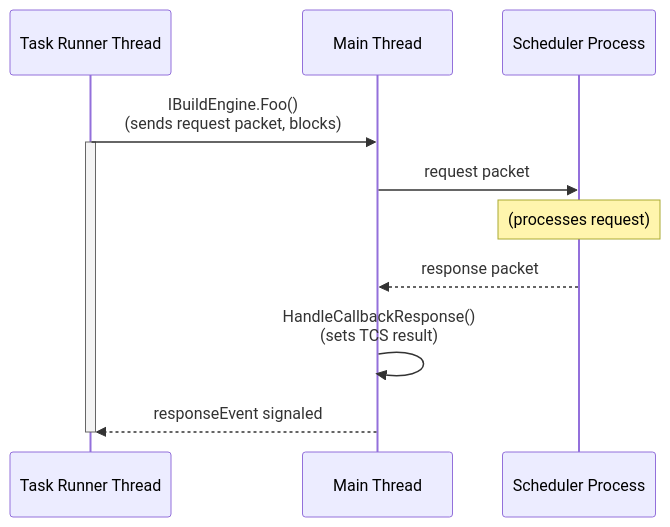
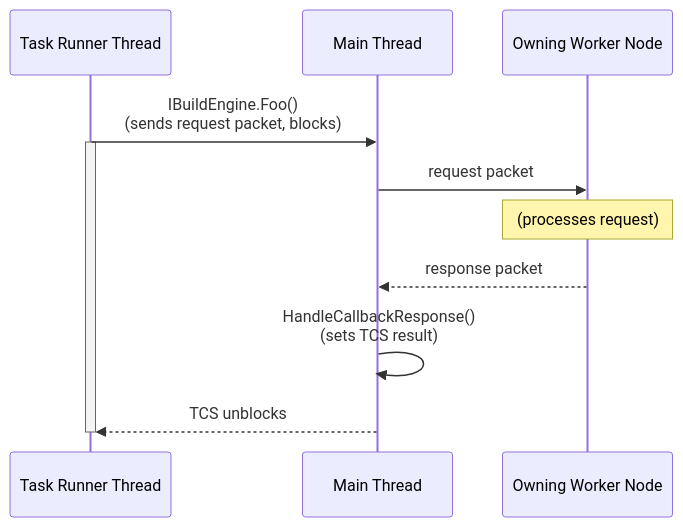
One commit to dotnet/msbuild changed the diagram in documentation/specs/multithreading/taskhost-threading.md. Above: the diagram before and after it, drawn with Mermaid. The commit also changed other lines of this file and 8 other files, not shown here.

First line of the commit message:
Replace 'parent' terminology with 'owning worker node' per review

````diff
--- a/documentation/specs/multithreading/taskhost-threading.md
+++ b/documentation/specs/multithreading/taskhost-threading.md
@@ -41,18 +41,18 @@
 ```mermaid
 sequenceDiagram
     participant TR as Task Runner Thread
     participant MT as Main Thread
-    participant PP as Scheduler Process
+    participant PP as Owning Worker Node
 
     TR->>MT: IBuildEngine.Foo()<br/>(sends request packet, blocks)
     activate TR
 
     MT->>PP: request packet
     Note over PP: (processes request)
 
     PP-->>MT: response packet
     MT->>MT: HandleCallbackResponse()<br/>(sets TCS result)
 
-    MT-->>TR: responseEvent signaled
+    MT-->>TR: TCS unblocks
     deactivate TR
 ```
````
